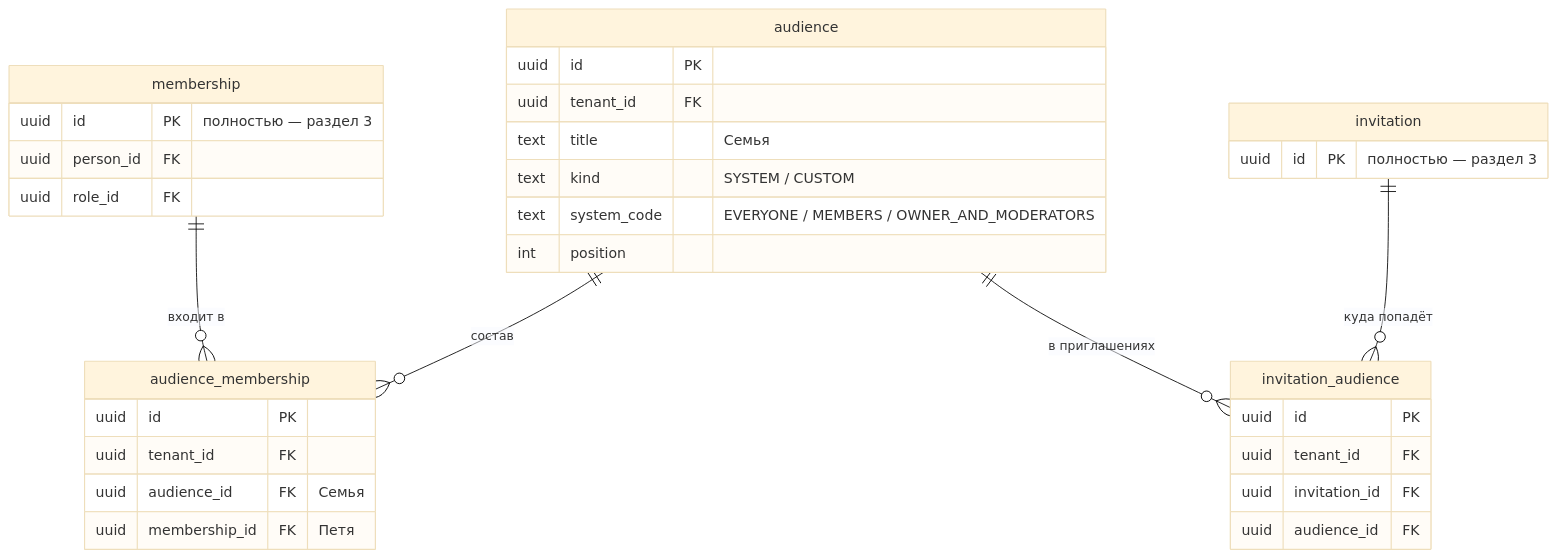
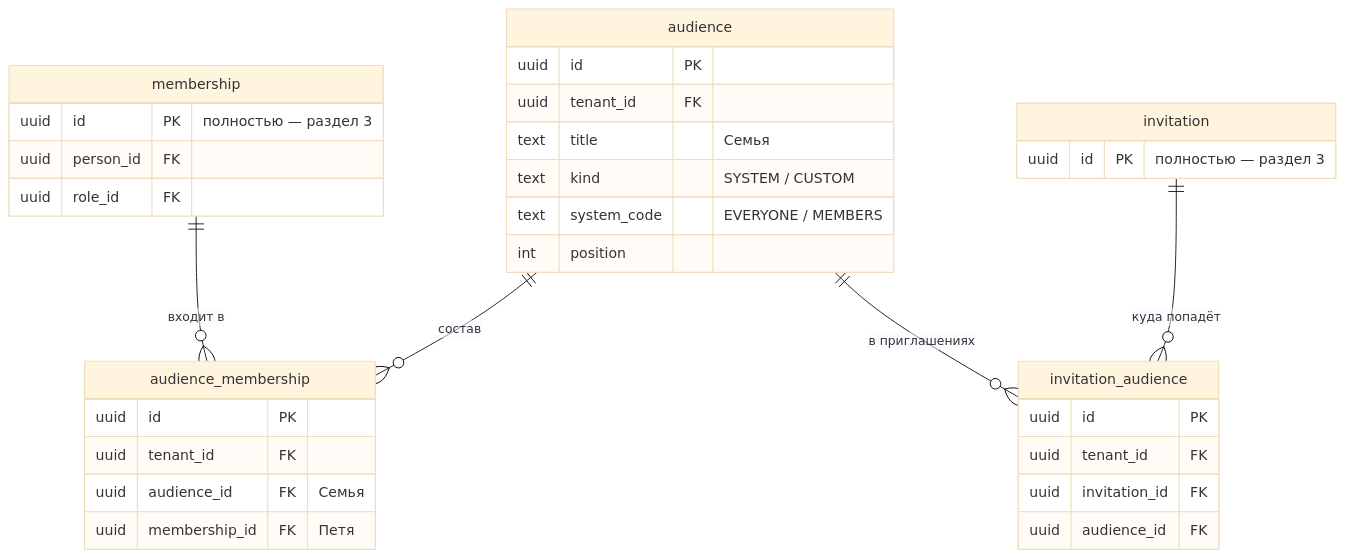
Before and after one commit to KiraKhvan/memory_docs: the fifth of 6 diagrams in domain_model/Access-schema.md, drawn with Mermaid (base theme). The commit also changed other lines of this file and 3 other files, not shown here.

Commit message:
Access decisions: answer 58, draft and moderation hiding are statuses, the owner-and-moderators audience is gone

````diff
--- a/domain_model/Access-schema.md
+++ b/domain_model/Access-schema.md
@@ -229,35 +232,35 @@
 ```mermaid
 erDiagram
     audience ||--o{ audience_membership : "состав"
     membership ||--o{ audience_membership : "входит в"
     invitation ||--o{ invitation_audience : "куда попадёт"
     audience ||--o{ invitation_audience : "в приглашениях"
     audience {
         uuid id PK
         uuid tenant_id FK
         text title "Семья"
         text kind "SYSTEM / CUSTOM"
-        text system_code "EVERYONE / MEMBERS / OWNER_AND_MODERATORS"
+        text system_code "EVERYONE / MEMBERS"
         int position
     }
     audience_membership {
         uuid id PK
         uuid tenant_id FK
         uuid audience_id FK "Семья"
         uuid membership_id FK "Петя"
     }
     invitation_audience {
         uuid id PK
         uuid tenant_id FK
         uuid invitation_id FK
         uuid audience_id FK
     }
     membership {
         uuid id PK "полностью — раздел 3"
         uuid person_id FK
         uuid role_id FK
     }
     invitation {
         uuid id PK "полностью — раздел 3"
     }
 ```
````
